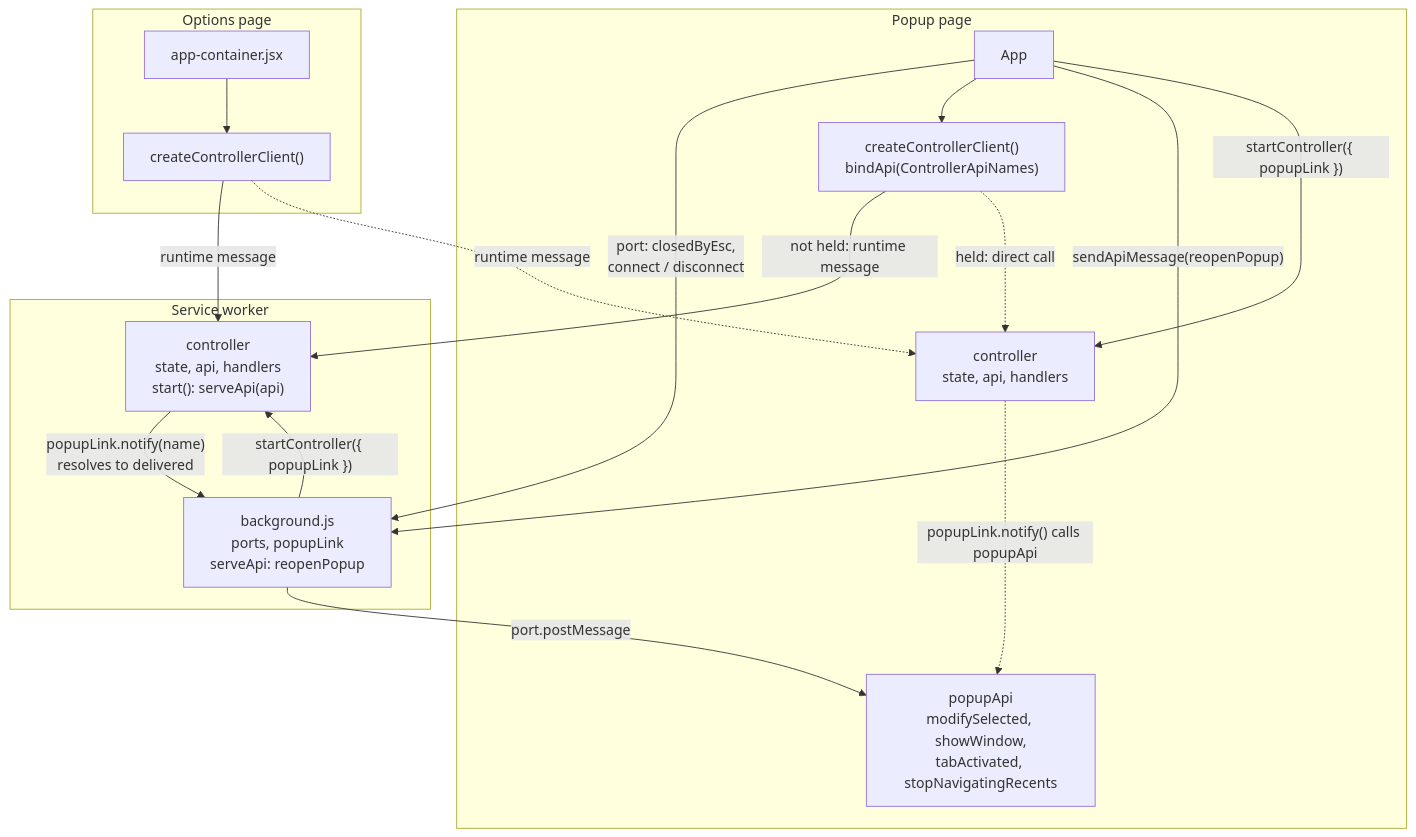
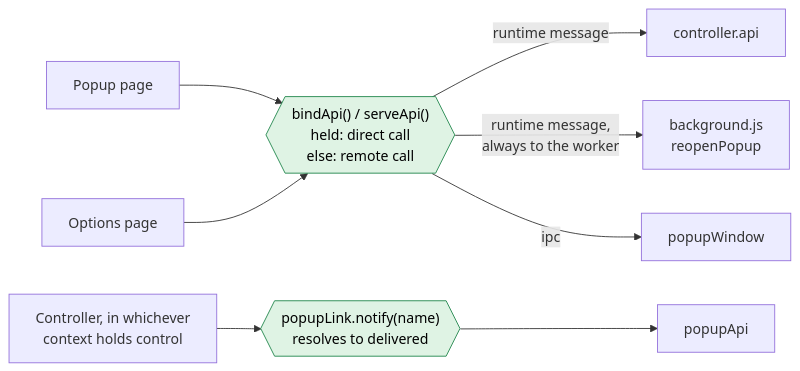
One commit to fwextensions/QuicKey changed the second of 2 diagrams in controller-refactor-plan.md. Above: the diagram before and after it, drawn with Mermaid. The commit also changed other lines of this file, not shown here.

First line of the commit message:
Diagram the refactor by connection type instead of by module

````diff
--- a/controller-refactor-plan.md
+++ b/controller-refactor-plan.md
@@ -107,35 +106,24 @@
 ```mermaid
-flowchart TB
-    subgraph Options["Options page"]
-        OPT["app-container.jsx"]
-        OCL["createControllerClient()"]
-    end
+flowchart LR
+    APP["Popup page"]
+    OPT["Options page"]
+    CTRL["Controller, in whichever<br/>context holds control"]
 
-    subgraph Worker["Service worker"]
-        BG["background.js<br/>ports, popupLink<br/>serveApi: reopenPopup"]
-        C_W["controller<br/>state, api, handlers<br/>start(): serveApi(api)"]
-    end
+    B{{"bindApi() / serveApi()<br/>held: direct call<br/>else: remote call"}}
+    N{{"popupLink.notify(name)<br/>resolves to delivered"}}
 
-    subgraph Popup["Popup page"]
-        APP["App"]
-        PAPI["popupApi<br/>modifySelected, showWindow,<br/>tabActivated, stopNavigatingRecents"]
-        PCL["createControllerClient()<br/>bindApi(ControllerApiNames)"]
-        C_P["controller<br/>state, api, handlers"]
-    end
+    R1["controller.api"]
+    R2["background.js<br/>reopenPopup"]
+    R3["popupApi"]
+    R4["popupWindow"]
 
-    BG -- "startController({ popupLink })" --> C_W
-    C_W -- "popupLink.notify(name)<br/>resolves to delivered" --> BG
-    BG -- "port.postMessage" --> PAPI
-    APP -- "port: closedByEsc,<br/>connect / disconnect" --> BG
+    APP --> B
+    OPT --> B
+    B -- "runtime message" --> R1
+    B -- "runtime message,<br/>always to the worker" --> R2
+    B -- "ipc" --> R4
+    CTRL --> N --> R3
 
-    APP --> PCL
-    PCL -- "not held: runtime message" --> C_W
-    APP -- "sendApiMessage(reopenPopup)" --> BG
-    OPT --> OCL
-    OCL -- "runtime message" --> C_W
-
-    APP -- "startController({ popupLink })" --> C_P
-    PCL -. "held: direct call" .-> C_P
-    OCL -. "runtime message" .-> C_P
-    C_P -. "popupLink.notify() calls popupApi" .-> PAPI
+    classDef mechanism fill:#dff3e4,stroke:#1e8449,color:#000
+    class B,N mechanism
 ```
````
